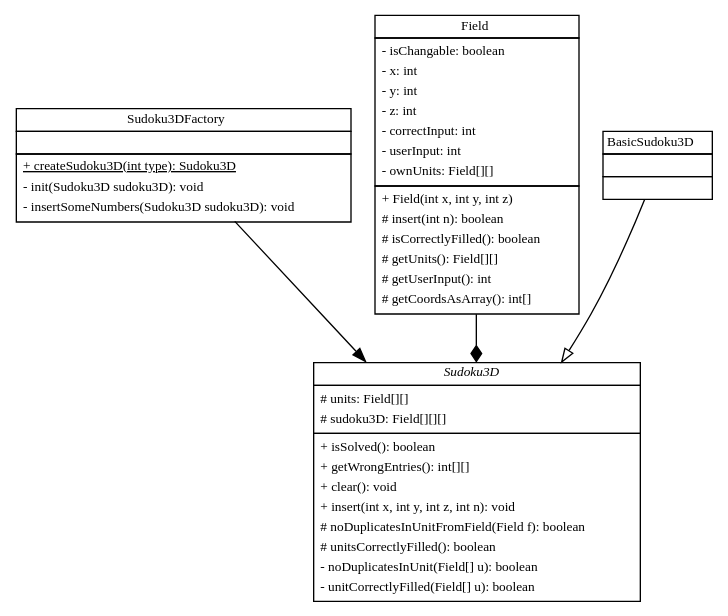
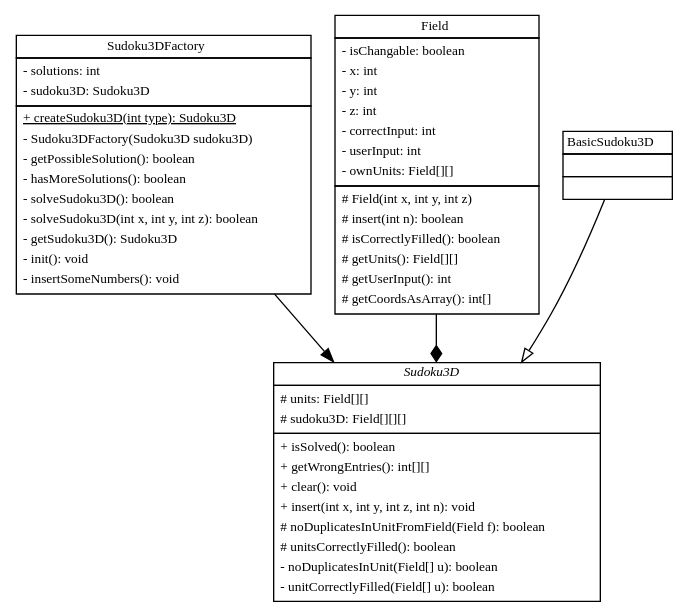
Before and after one commit to Mavpotter/Sudoku3D: the diagram in doc/classdiagram.dot, drawn with Graphviz.

Commit message:
added the new functions to Sudoku3DFactory

```diff
--- a/doc/classdiagram.dot
+++ b/doc/classdiagram.dot
@@ -1,126 +1,136 @@
 digraph G {
     fontname = "Bitstream Vera Sans"
     fontsize = 8
 
     node [
         fontname = "Bitstream Vera Sans"
         fontsize = 10
         shape = none width=0 height=0 margin=0
     ]
 
     edge [
         fontname = "Bitstream Vera Sans"
         fontsize = 10
     ]
 
     subgraph packagemodel{
 
         sudoku3dfactory [
             label =
             <<table border="0" cellspacing="0" cellborder="1">
                 <tr>
                     <td>Sudoku3DFactory</td>
                 </tr>
                 <tr>
                     <td>
+                        <table border="0" cellspacing="0" cellborder="0">
+                            <tr><td align="left">- solutions: int</td></tr>
+                            <tr><td align="left">- sudoku3D: Sudoku3D</td></tr>
+                        </table>
                     </td>
                 </tr>
                 <tr>
                     <td>
                         <table border="0" cellspacing="0" cellborder="0">
                             <tr><td align="left"><u>+ createSudoku3D(int type): Sudoku3D</u></td></tr>
-                            <tr><td align="left">- init(Sudoku3D sudoku3D): void</td></tr>
-                            <tr><td align="left">- insertSomeNumbers(Sudoku3D sudoku3D): void</td></tr>
+                            <tr><td align="left">- Sudoku3DFactory(Sudoku3D sudoku3D)</td></tr>
+                            <tr><td align="left">- getPossibleSolution(): boolean</td></tr>
+                            <tr><td align="left">- hasMoreSolutions(): boolean</td></tr>
+                            <tr><td align="left">- solveSudoku3D(): boolean</td></tr>
+                            <tr><td align="left">- solveSudoku3D(int x, int y, int z): boolean</td></tr>
+                            <tr><td align="left">- getSudoku3D(): Sudoku3D</td></tr>
+                            <tr><td align="left">- init(): void</td></tr>
+                            <tr><td align="left">- insertSomeNumbers(): void</td></tr>
                         </table>
                     </td>
                 </tr>
             </table>>
         ]
 
         sudoku3d [
             label =
             <<table border="0" cellspacing="0" cellborder="1">
                 <tr>
                     <td><i>Sudoku3D</i></td>
                 </tr>
                 <tr>
                     <td>
                         <table border="0" cellspacing="0" cellborder="0">
                             <tr><td align="left"># units: Field[][]</td></tr>
                             <tr><td align="left"># sudoku3D: Field[][][]</td></tr>
                         </table>
                     </td>
                 </tr>
                 <tr>
                     <td>
                         <table border="0" cellspacing="0" cellborder="0">
                             <tr><td align="left">+ isSolved(): boolean</td></tr>
                             <tr><td align="left">+ getWrongEntries(): int[][]</td></tr>
                             <tr><td align="left">+ clear(): void</td></tr>
                             <tr><td align="left">+ insert(int x, int y, int z, int n): void</td></tr>
                             <tr><td align="left"># noDuplicatesInUnitFromField(Field f): boolean</td></tr>
                             <tr><td align="left"># unitsCorrectlyFilled(): boolean</td></tr>
                             <tr><td align="left">- noDuplicatesInUnit(Field[] u): boolean</td></tr>
                             <tr><td align="left">- unitCorrectlyFilled(Field[] u): boolean</td></tr>
                         </table>
                     </td>
                 </tr>
             </table>>
         ]
 
         field [
             label =
             <<table border="0" cellspacing="0" cellborder="1">
                 <tr>
                     <td>Field</td>
                 </tr>
                 <tr>
                     <td>
                         <table border="0" cellspacing="0" cellborder="0">
                             <tr><td align="left">- isChangable: boolean</td></tr>
                             <tr><td align="left">- x: int</td></tr>
                             <tr><td align="left">- y: int</td></tr>
                             <tr><td align="left">- z: int</td></tr>
                             <tr><td align="left">- correctInput: int</td></tr>
                             <tr><td align="left">- userInput: int</td></tr>
                             <tr><td align="left">- ownUnits: Field[][]</td></tr>
                         </table>
                     </td>
                 </tr>
                 <tr>
                     <td>
                         <table border="0" cellspacing="0" cellborder="0">
-                            <tr><td align="left">+ Field(int x, int y, int z)</td></tr>
+                            <tr><td align="left"># Field(int x, int y, int z)</td></tr>
                             <tr><td align="left"># insert(int n): boolean</td></tr>
                             <tr><td align="left"># isCorrectlyFilled(): boolean</td></tr>
                             <tr><td align="left"># getUnits(): Field[][]</td></tr>
                             <tr><td align="left"># getUserInput(): int</td></tr>
                             <tr><td align="left"># getCoordsAsArray(): int[]</td></tr>
                         </table>
                     </td>
                 </tr>
             </table>>
         ]
 
         basicsudoku3d [
             label =
             <<table border="0" cellspacing="0" cellborder="1">
                 <tr>
                     <td>BasicSudoku3D</td>
                 </tr>
                 <tr>
                     <td>
                     </td>
                 </tr>
                 <tr>
                     <td>
                     </td>
                 </tr>
             </table>>
         ]
 
         sudoku3dfactory -> sudoku3d
         field -> sudoku3d [arrowhead=diamond]
         basicsudoku3d -> sudoku3d [arrowhead=onormal]
     }
 }
```
